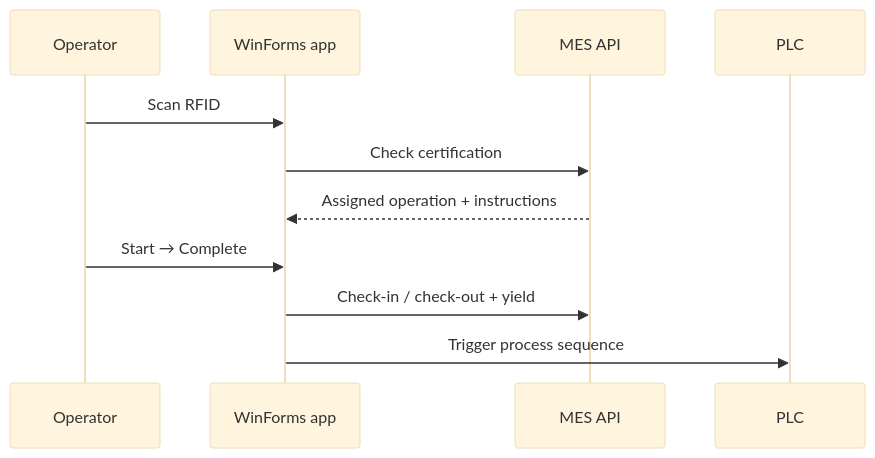
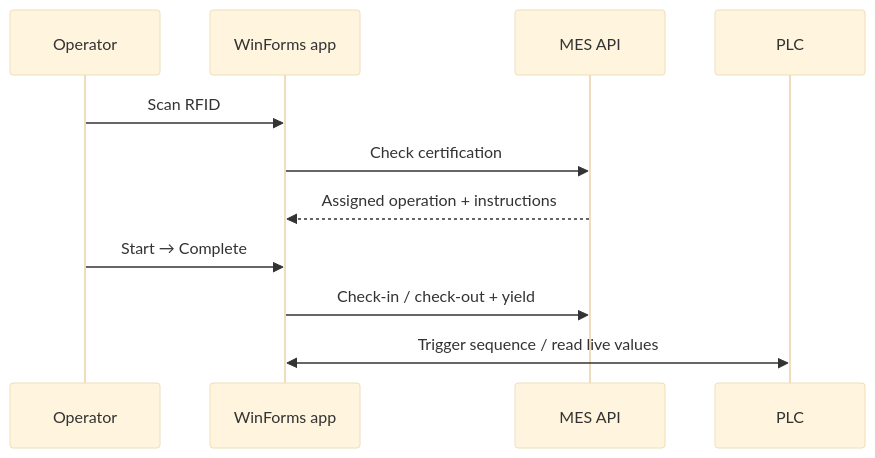
The second of 2 diagrams in README.md (Toqa-Ashraf8/factory-shopfloor-integration), drawn with Mermaid (base theme) before and after one commit. The commit also changed other lines of this file, not shown here.

````diff
--- a/README.md
+++ b/README.md
@@ -21,14 +22,14 @@
 ```mermaid
 sequenceDiagram
     participant Op as Operator
     participant HMI as WinForms app
     participant API as MES API
     participant PLC as PLC
 
     Op->>HMI: Scan RFID
     HMI->>API: Check certification
     API-->>HMI: Assigned operation + instructions
     Op->>HMI: Start → Complete
     HMI->>API: Check-in / check-out + yield
-    HMI->>PLC: Trigger process sequence
+    HMI<<->>PLC: Trigger sequence / read live values
 ```
````
